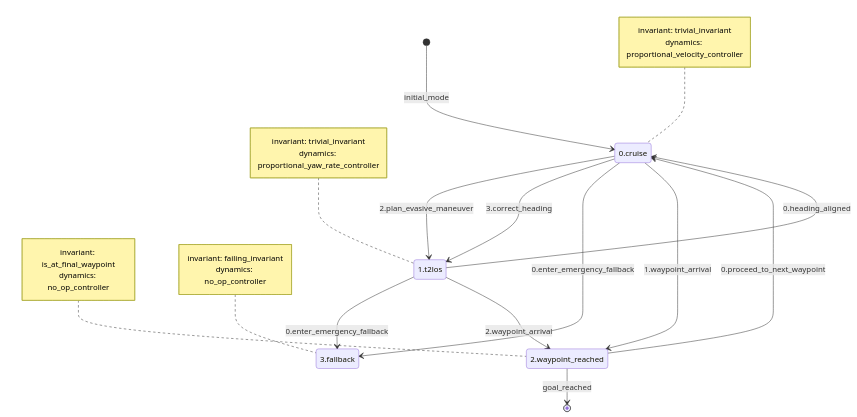
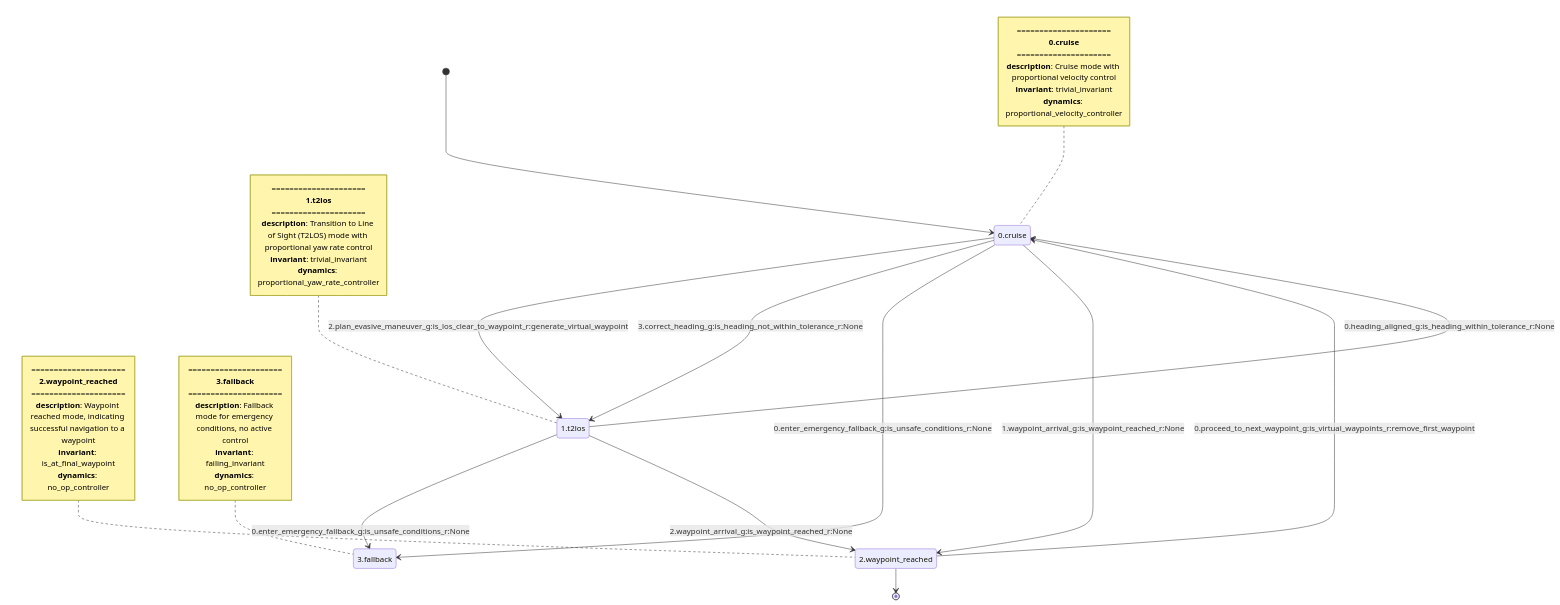
The diagram in colav-hybrid-automaton/colav_hybrid_automaton/famd_state_diagram.mmd (rymc-dev/hybraut_nav), drawn with Mermaid before and after one commit. The commit also changed 3 other files, not shown here.

```diff
--- a/colav-hybrid-automaton/colav_hybrid_automaton/famd_state_diagram.mmd
+++ b/colav-hybrid-automaton/colav_hybrid_automaton/famd_state_diagram.mmd
@@ -1,41 +1,58 @@
 stateDiagram-v2
-# colav famd FAMD State Diagram
+    %% COLAV FAMD State Diagram
+
     %% Initial Mode
-    [*] --> cruise: initial_mode
+    [*] --> cruise
+
     %% Modes
-    cruise: 0.cruise
+    cruise : 0.cruise
+    note left of cruise
+        =====================
+        <b>0.cruise</b>
+        =====================
+        <b>description</b>: Cruise mode with proportional velocity control
+        <b>invariant</b>: trivial_invariant
+        <b>dynamics</b>: proportional_velocity_controller
+    end note
 
-    note left of cruise
-      invariant: trivial_invariant
-      dynamics: proportional_velocity_controller
+    t2los : 1.t2los
+    note left of t2los
+        =====================
+        <b>1.t2los</b>
+        =====================
+        <b>description</b>: Transition to Line of Sight (T2LOS) mode with proportional yaw rate control
+        <b>invariant</b>: trivial_invariant
+        <b>dynamics</b>: proportional_yaw_rate_controller
     end note
-    t2los: 1.t2los
 
-    note left of t2los
-      invariant: trivial_invariant
-      dynamics: proportional_yaw_rate_controller
+    waypoint_reached : 2.waypoint_reached
+    note left of waypoint_reached
+        =====================
+        <b>2.waypoint_reached</b>
+        =====================
+        <b>description</b>: Waypoint reached mode, indicating successful navigation to a waypoint
+        <b>invariant</b>: is_at_final_waypoint
+        <b>dynamics</b>: no_op_controller
     end note
-    waypoint_reached: 2.waypoint_reached
 
-    note left of waypoint_reached
-      invariant: is_at_final_waypoint
-      dynamics: no_op_controller
+    fallback : 3.fallback
+    note left of fallback
+        =====================
+        <b>3.fallback</b>
+        =====================
+        <b>description</b>: Fallback mode for emergency conditions, no active control
+        <b>invariant</b>: failing_invariant
+        <b>dynamics</b>: no_op_controller
     end note
-    fallback: 3.fallback
 
-    note left of fallback
-      invariant: failing_invariant
-      dynamics: no_op_controller
-    end note
     %% Transitions
-    cruise --> t2los: 2.plan_evasive_maneuver
-    cruise --> t2los: 3.correct_heading
-    cruise --> fallback: 0.enter_emergency_fallback
-    t2los --> fallback: 0.enter_emergency_fallback
-    cruise --> waypoint_reached: 1.waypoint_arrival
-    t2los --> waypoint_reached: 2.waypoint_arrival
-    t2los --> cruise: 0.heading_aligned
-    waypoint_reached --> cruise: 0.proceed_to_next_waypoint
-    # Goal Modes
-    waypoint_reached --> [*]: goal_reached
-    # Transitions
+    cruise --> t2los : 2.plan_evasive_maneuver_g:is_los_clear_to_waypoint_r:generate_virtual_waypoint
+    cruise --> t2los : 3.correct_heading_g:is_heading_not_within_tolerance_r:None
+    cruise --> fallback : 0.enter_emergency_fallback_g:is_unsafe_conditions_r:None
+    t2los --> fallback : 0.enter_emergency_fallback_g:is_unsafe_conditions_r:None
+    cruise --> waypoint_reached : 1.waypoint_arrival_g:is_waypoint_reached_r:None
+    t2los --> waypoint_reached : 2.waypoint_arrival_g:is_waypoint_reached_r:None
+    t2los --> cruise : 0.heading_aligned_g:is_heading_within_tolerance_r:None
+    waypoint_reached --> cruise : 0.proceed_to_next_waypoint_g:is_virtual_waypoints_r:remove_first_waypoint
+    %% Goal Modes
+    waypoint_reached --> [*]
```
